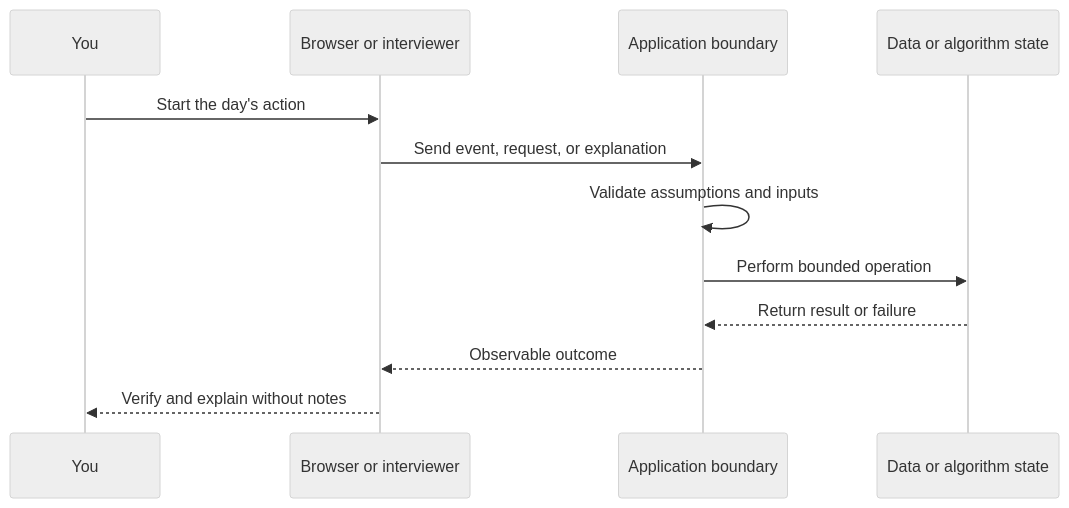
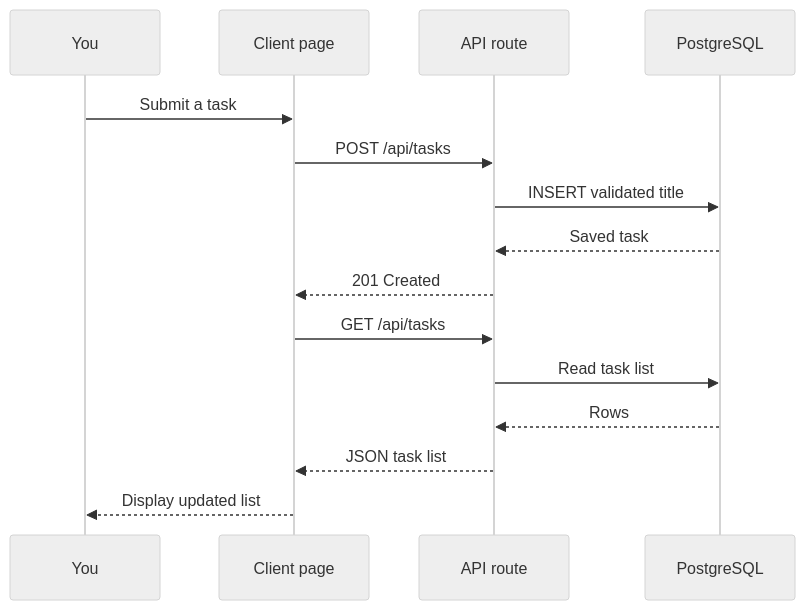
One commit to pratulsharma/minitrack changed the third of 3 diagrams in lessons/interview-prep/prep-day-01.md. Above: the diagram before and after it, drawn with Mermaid (neutral theme). The commit also changed other lines of this file and 3 other files, not shown here.

````diff
--- a/lessons/interview-prep/prep-day-01.md
+++ b/lessons/interview-prep/prep-day-01.md
@@ -566,14 +589,17 @@
 ```mermaid
 sequenceDiagram
   participant U as You
-  participant B as Browser or interviewer
-  participant A as Application boundary
-  participant D as Data or algorithm state
-  U->>B: Start the day's action
-  B->>A: Send event, request, or explanation
-  A->>A: Validate assumptions and inputs
-  A->>D: Perform bounded operation
-  D-->>A: Return result or failure
-  A-->>B: Observable outcome
-  B-->>U: Verify and explain without notes
+  participant B as Client page
+  participant A as API route
+  participant D as PostgreSQL
+  U->>B: Submit a task
+  B->>A: POST /api/tasks
+  A->>D: INSERT validated title
+  D-->>A: Saved task
+  A-->>B: 201 Created
+  B->>A: GET /api/tasks
+  A->>D: Read task list
+  D-->>A: Rows
+  A-->>B: JSON task list
+  B-->>U: Display updated list
 ```
````
